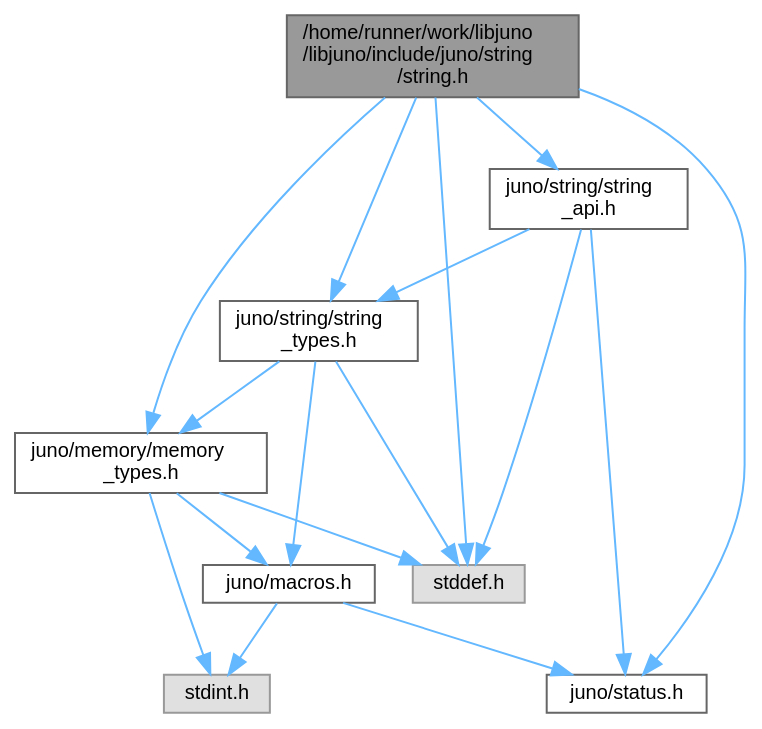
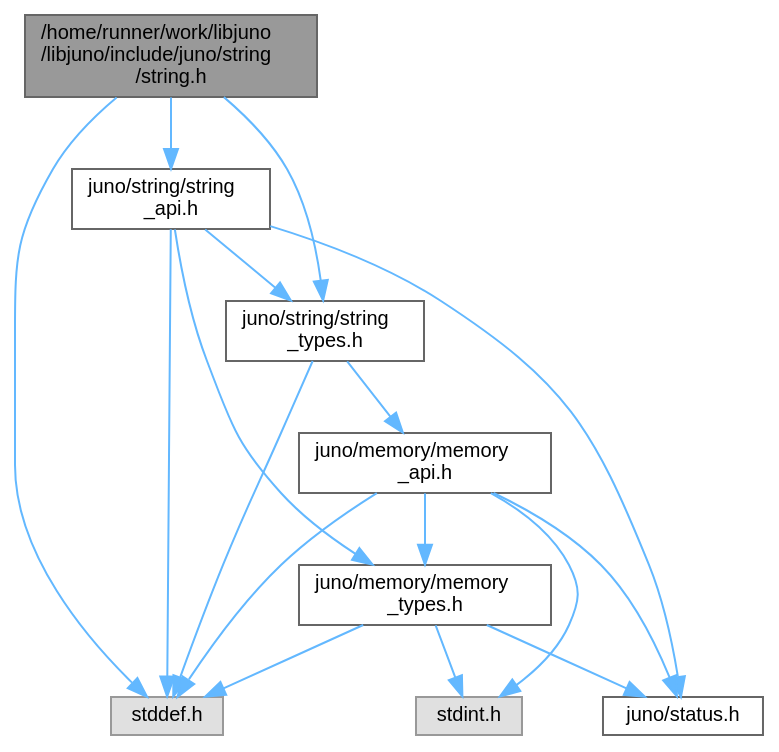
Before and after one commit to robinonsay/libjuno: the diagram in string_8h__incl.dot, drawn with Graphviz. The commit also changed 164 other files, not shown here.

```diff
--- a/string_8h__incl.dot
+++ b/string_8h__incl.dot
@@ -1,31 +1,31 @@
 digraph "/home/runner/work/libjuno/libjuno/include/juno/string/string.h"
 {
  // LATEX_PDF_SIZE
   bgcolor="transparent";
   edge [fontname=Helvetica,fontsize=10,labelfontname=Helvetica,labelfontsize=10];
   node [fontname=Helvetica,fontsize=10,shape=box,height=0.2,width=0.4];
   Node1 [id="Node000001",label="/home/runner/work/libjuno\l/libjuno/include/juno/string\l/string.h",height=0.2,width=0.4,color="gray40", fillcolor="grey60", style="filled", fontcolor="black",tooltip=" "];
   Node1 -> Node2 [id="edge1_Node000001_Node000002",color="steelblue1",style="solid",tooltip=" "];
-  Node2 [id="Node000002",label="juno/memory/memory\l_types.h",height=0.2,width=0.4,color="grey40", fillcolor="white", style="filled",URL="$memory__types_8h.html",tooltip=" "];
+  Node2 [id="Node000002",label="juno/string/string\l_api.h",height=0.2,width=0.4,color="grey40", fillcolor="white", style="filled",URL="$string__api_8h.html",tooltip=" "];
   Node2 -> Node3 [id="edge2_Node000002_Node000003",color="steelblue1",style="solid",tooltip=" "];
-  Node3 [id="Node000003",label="juno/macros.h",height=0.2,width=0.4,color="grey40", fillcolor="white", style="filled",URL="$macros_8h.html",tooltip=" "];
+  Node3 [id="Node000003",label="juno/memory/memory\l_types.h",height=0.2,width=0.4,color="grey40", fillcolor="white", style="filled",URL="$memory__types_8h.html",tooltip=" "];
   Node3 -> Node4 [id="edge3_Node000003_Node000004",color="steelblue1",style="solid",tooltip=" "];
-  Node4 [id="Node000004",label="juno/status.h",height=0.2,width=0.4,color="grey40", fillcolor="white", style="filled",URL="$status_8h.html",tooltip=" "];
+  Node4 [id="Node000004",label="stddef.h",height=0.2,width=0.4,color="grey60", fillcolor="#E0E0E0", style="filled",tooltip=" "];
   Node3 -> Node5 [id="edge4_Node000003_Node000005",color="steelblue1",style="solid",tooltip=" "];
   Node5 [id="Node000005",label="stdint.h",height=0.2,width=0.4,color="grey60", fillcolor="#E0E0E0", style="filled",tooltip=" "];
-  Node2 -> Node6 [id="edge5_Node000002_Node000006",color="steelblue1",style="solid",tooltip=" "];
-  Node6 [id="Node000006",label="stddef.h",height=0.2,width=0.4,color="grey60", fillcolor="#E0E0E0", style="filled",tooltip=" "];
-  Node2 -> Node5 [id="edge6_Node000002_Node000005",color="steelblue1",style="solid",tooltip=" "];
-  Node1 -> Node4 [id="edge7_Node000001_Node000004",color="steelblue1",style="solid",tooltip=" "];
-  Node1 -> Node7 [id="edge8_Node000001_Node000007",color="steelblue1",style="solid",tooltip=" "];
-  Node7 [id="Node000007",label="juno/string/string\l_api.h",height=0.2,width=0.4,color="grey40", fillcolor="white", style="filled",URL="$string__api_8h.html",tooltip=" "];
-  Node7 -> Node4 [id="edge9_Node000007_Node000004",color="steelblue1",style="solid",tooltip=" "];
-  Node7 -> Node6 [id="edge10_Node000007_Node000006",color="steelblue1",style="solid",tooltip=" "];
-  Node7 -> Node8 [id="edge11_Node000007_Node000008",color="steelblue1",style="solid",tooltip=" "];
-  Node8 [id="Node000008",label="juno/string/string\l_types.h",height=0.2,width=0.4,color="grey40", fillcolor="white", style="filled",URL="$string__types_8h.html",tooltip=" "];
+  Node3 -> Node6 [id="edge5_Node000003_Node000006",color="steelblue1",style="solid",tooltip=" "];
+  Node6 [id="Node000006",label="juno/status.h",height=0.2,width=0.4,color="grey40", fillcolor="white", style="filled",URL="$status_8h.html",tooltip=" "];
+  Node2 -> Node6 [id="edge6_Node000002_Node000006",color="steelblue1",style="solid",tooltip=" "];
+  Node2 -> Node7 [id="edge7_Node000002_Node000007",color="steelblue1",style="solid",tooltip=" "];
+  Node7 [id="Node000007",label="juno/string/string\l_types.h",height=0.2,width=0.4,color="grey40", fillcolor="white", style="filled",URL="$string__types_8h.html",tooltip=" "];
+  Node7 -> Node8 [id="edge8_Node000007_Node000008",color="steelblue1",style="solid",tooltip=" "];
+  Node8 [id="Node000008",label="juno/memory/memory\l_api.h",height=0.2,width=0.4,color="grey40", fillcolor="white", style="filled",URL="$memory__api_8h.html",tooltip=" "];
+  Node8 -> Node6 [id="edge9_Node000008_Node000006",color="steelblue1",style="solid",tooltip=" "];
+  Node8 -> Node4 [id="edge10_Node000008_Node000004",color="steelblue1",style="solid",tooltip=" "];
+  Node8 -> Node5 [id="edge11_Node000008_Node000005",color="steelblue1",style="solid",tooltip=" "];
   Node8 -> Node3 [id="edge12_Node000008_Node000003",color="steelblue1",style="solid",tooltip=" "];
-  Node8 -> Node2 [id="edge13_Node000008_Node000002",color="steelblue1",style="solid",tooltip=" "];
-  Node8 -> Node6 [id="edge14_Node000008_Node000006",color="steelblue1",style="solid",tooltip=" "];
-  Node1 -> Node6 [id="edge15_Node000001_Node000006",color="steelblue1",style="solid",tooltip=" "];
-  Node1 -> Node8 [id="edge16_Node000001_Node000008",color="steelblue1",style="solid",tooltip=" "];
+  Node7 -> Node4 [id="edge13_Node000007_Node000004",color="steelblue1",style="solid",tooltip=" "];
+  Node2 -> Node4 [id="edge14_Node000002_Node000004",color="steelblue1",style="solid",tooltip=" "];
+  Node1 -> Node7 [id="edge15_Node000001_Node000007",color="steelblue1",style="solid",tooltip=" "];
+  Node1 -> Node4 [id="edge16_Node000001_Node000004",color="steelblue1",style="solid",tooltip=" "];
 }
```
